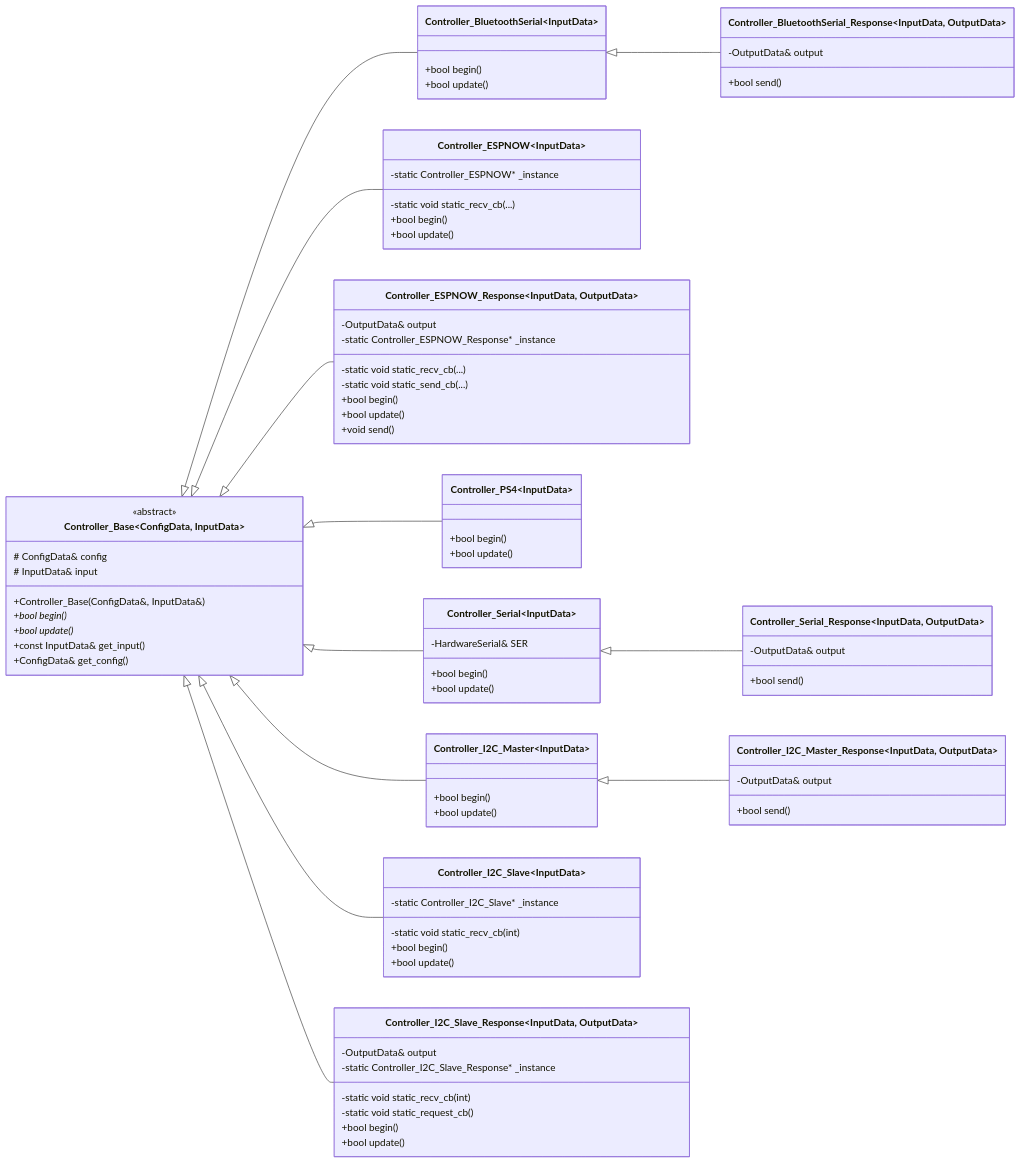
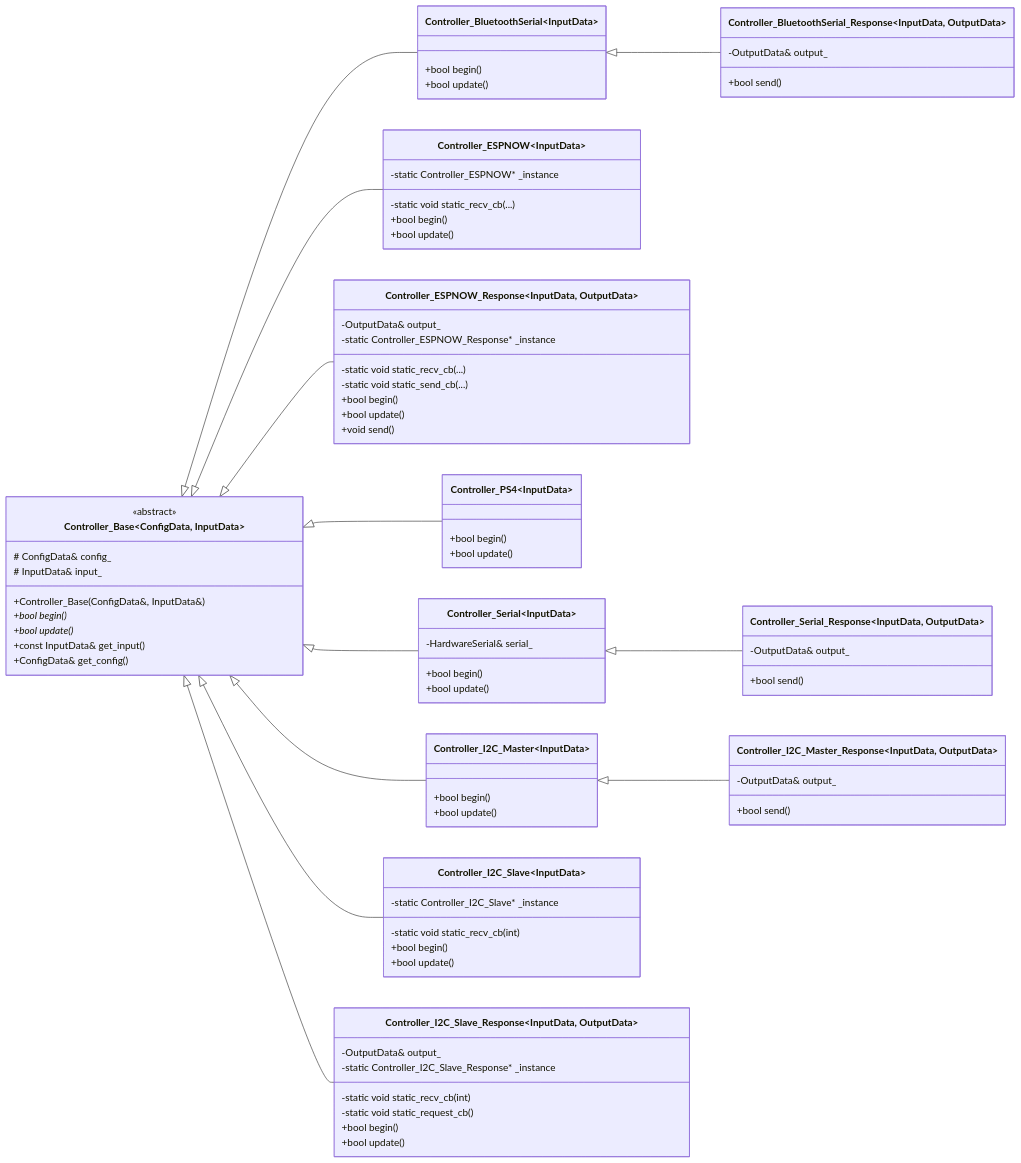
The second of 2 diagrams in README.md (Tomoooji/esp32-controller), drawn with Mermaid before and after one commit. The commit also changed other lines of this file and 8 other files, not shown here.

```diff
--- a/README.md
+++ b/README.md
@@ -117,8 +117,8 @@
 direction LR
     class Controller_Base~ConfigData, InputData~ {
         <<abstract>>
-        # ConfigData& config
-        # InputData& input
+        # ConfigData& config_
+        # InputData& input_
         +Controller_Base(ConfigData&, InputData&)
         +bool begin()*
         +bool update()*
@@ -132,7 +132,7 @@
     }
 
     class Controller_BluetoothSerial_Response~InputData, OutputData~ {
-        -OutputData& output
+        -OutputData& output_
         +bool send()
     }
 
@@ -144,7 +144,7 @@
     }
 
     class Controller_ESPNOW_Response~InputData, OutputData~ {
-        -OutputData& output
+        -OutputData& output_
         -static Controller_ESPNOW_Response* _instance
         -static void static_recv_cb(...)
         -static void static_send_cb(...)
@@ -159,13 +159,13 @@
     }
 
     class Controller_Serial~InputData~ {
-        -HardwareSerial& SER
+        -HardwareSerial& serial_
         +bool begin()
         +bool update()
     }
 
     class Controller_Serial_Response~InputData, OutputData~ {
-        -OutputData& output
+        -OutputData& output_
         +bool send()
     }
 
@@ -175,7 +175,7 @@
     }
 
     class Controller_I2C_Master_Response~InputData, OutputData~ {
-        -OutputData& output
+        -OutputData& output_
         +bool send()
     }
 
@@ -187,7 +187,7 @@
     }
 
     class Controller_I2C_Slave_Response~InputData, OutputData~ {
-        -OutputData& output
+        -OutputData& output_
         -static Controller_I2C_Slave_Response* _instance
         -static void static_recv_cb(int)
         -static void static_request_cb()
```
